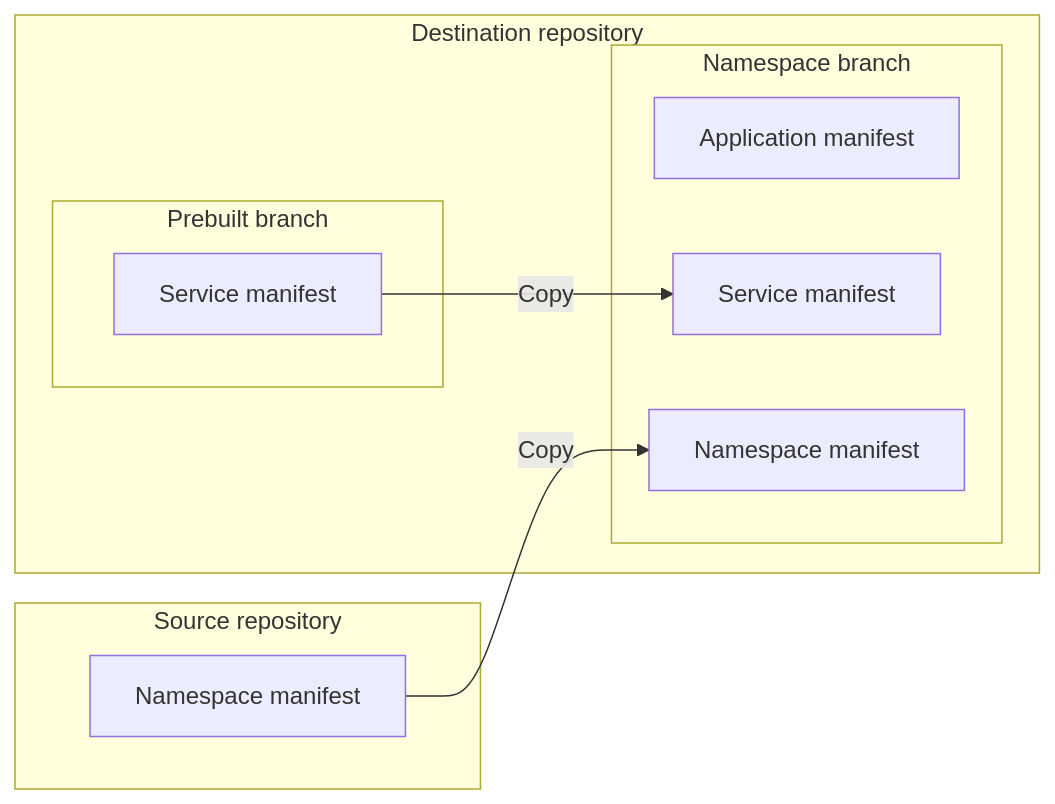
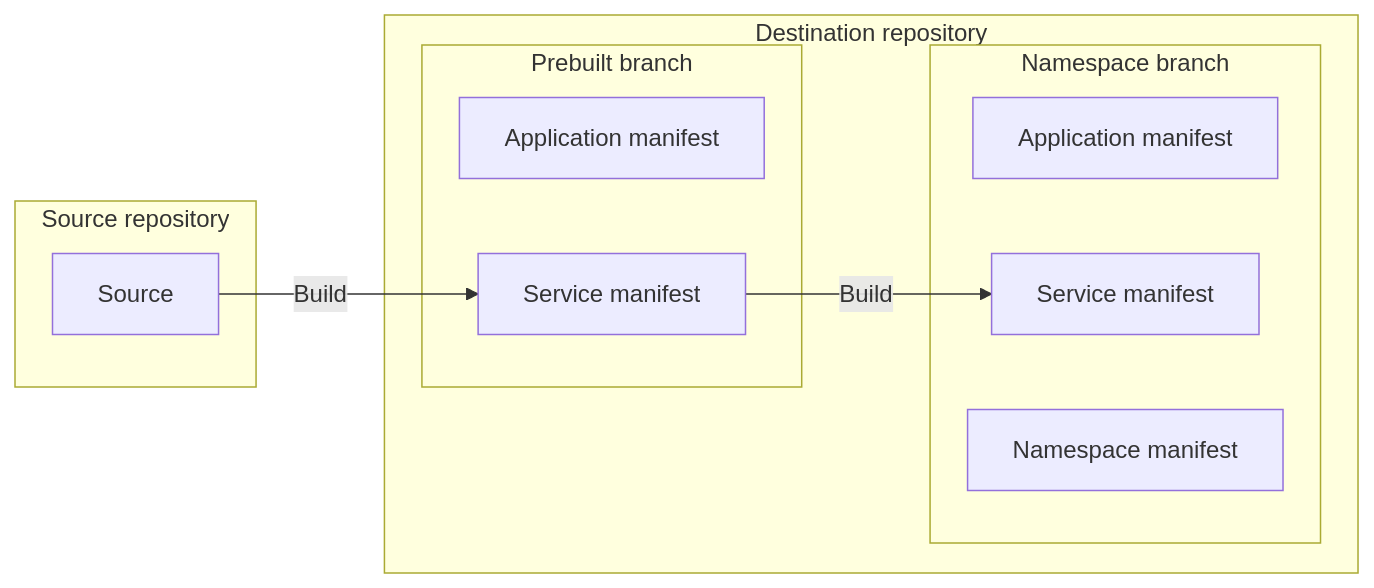
One commit to quipper/monorepo-deploy-actions changed the diagram in bootstrap-pull-request/README.md. Above: the diagram before and after it, drawn with Mermaid. The commit also changed 5 other files, not shown here.

````diff
--- a/bootstrap-pull-request/README.md
+++ b/bootstrap-pull-request/README.md
@@ -6,18 +6,18 @@
 ```mermaid
 graph LR
   subgraph Source repository
-    SourceNamespaceManifest[Namespace manifest]
+    Source[Source]
   end
   subgraph Destination repository
     subgraph Prebuilt branch
-      PrebuiltServiceManifest[Service manifest]
+      PrebuiltApplicationManifest[Application manifest]
+      Source --Build--> PrebuiltServiceManifest[Service manifest]
     end
     subgraph Namespace branch
       ApplicationManifest[Application manifest]
       ServiceManifest[Service manifest]
       NamespaceManifest[Namespace manifest]
     end
   end
-  PrebuiltServiceManifest --Copy--> ServiceManifest
-  SourceNamespaceManifest --Copy--> NamespaceManifest
+  PrebuiltServiceManifest --Build--> ServiceManifest
 ```
````
